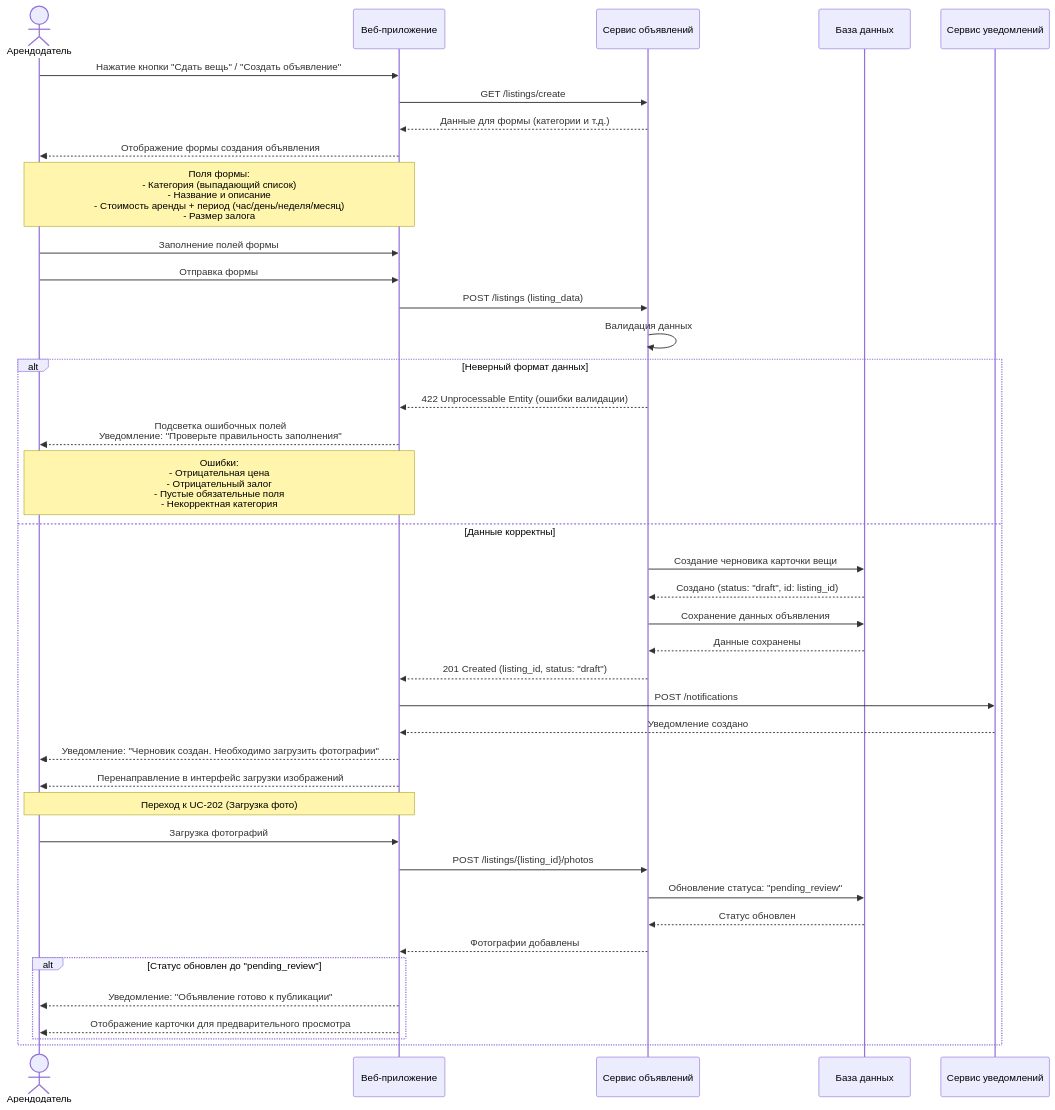
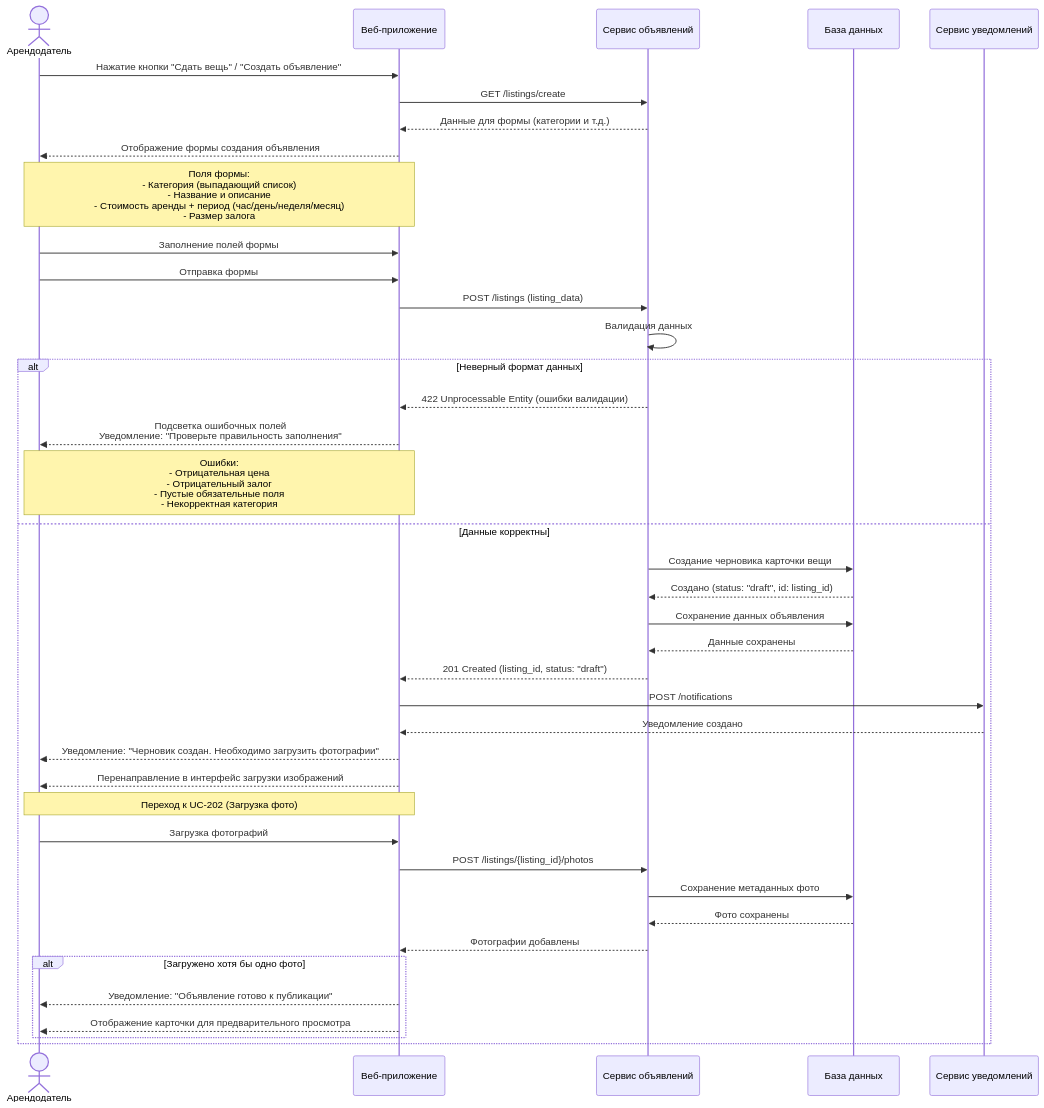
One commit to Rento-devteam/Rento changed the diagram in docs/sequence/UC-06.md. Above: the diagram before and after it, drawn with Mermaid. The commit also changed other lines of this file and 30 other files, not shown here.

````diff
--- a/docs/sequence/UC-06.md
+++ b/docs/sequence/UC-06.md
@@ -1,58 +3,58 @@
 ```mermaid
     sequenceDiagram
     actor User as Арендодатель
     participant WebApp as Веб-приложение
     participant ListingService as Сервис объявлений
     participant Database as База данных
     participant NotificationService as Сервис уведомлений
 
     User->>WebApp: Нажатие кнопки "Сдать вещь" / "Создать объявление"
     WebApp->>ListingService: GET /listings/create
     ListingService-->>WebApp: Данные для формы (категории и т.д.)
     WebApp-->>User: Отображение формы создания объявления
     
     Note over User,WebApp: Поля формы:<br/>- Категория (выпадающий список)<br/>- Название и описание<br/>- Стоимость аренды + период (час/день/неделя/месяц)<br/>- Размер залога
     
     User->>WebApp: Заполнение полей формы
     User->>WebApp: Отправка формы
     
     WebApp->>ListingService: POST /listings (listing_data)
     
     ListingService->>ListingService: Валидация данных
     
     alt Неверный формат данных
         ListingService-->>WebApp: 422 Unprocessable Entity (ошибки валидации)
         WebApp-->>User: Подсветка ошибочных полей<br/>Уведомление: "Проверьте правильность заполнения"
         Note over WebApp,User: Ошибки:<br/>- Отрицательная цена<br/>- Отрицательный залог<br/>- Пустые обязательные поля<br/>- Некорректная категория
     else Данные корректны
         ListingService->>Database: Создание черновика карточки вещи
         Database-->>ListingService: Создано (status: "draft", id: listing_id)
         
         ListingService->>Database: Сохранение данных объявления
         Database-->>ListingService: Данные сохранены
         
         ListingService-->>WebApp: 201 Created (listing_id, status: "draft")
         
         WebApp->>NotificationService: POST /notifications
         NotificationService-->>WebApp: Уведомление создано
         
         WebApp-->>User: Уведомление: "Черновик создан. Необходимо загрузить фотографии"
         WebApp-->>User: Перенаправление в интерфейс загрузки изображений
         
         Note over WebApp,User: Переход к UC-202 (Загрузка фото)
         
         User->>WebApp: Загрузка фотографий
         
         WebApp->>ListingService: POST /listings/{listing_id}/photos
-        ListingService->>Database: Обновление статуса: "pending_review"
-        Database-->>ListingService: Статус обновлен
+        ListingService->>Database: Сохранение метаданных фото
+        Database-->>ListingService: Фото сохранены
         
         ListingService-->>WebApp: Фотографии добавлены
         
-        alt Статус обновлен до "pending_review"
+        alt Загружено хотя бы одно фото
             WebApp-->>User: Уведомление: "Объявление готово к публикации"
             WebApp-->>User: Отображение карточки для предварительного просмотра
         end
     end
 
 ```
````
